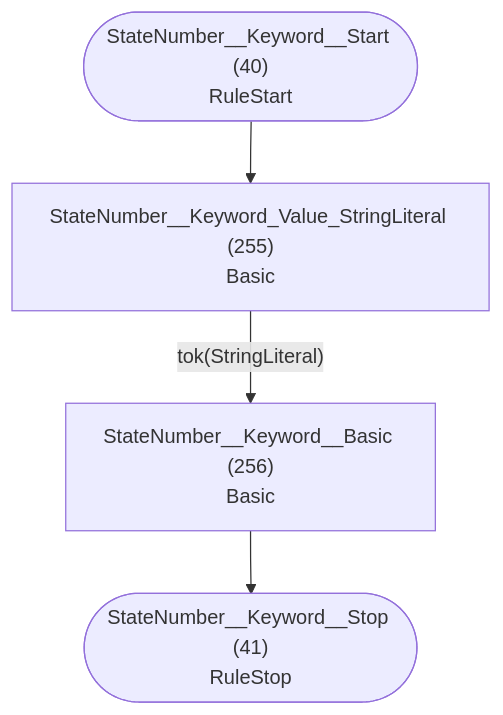
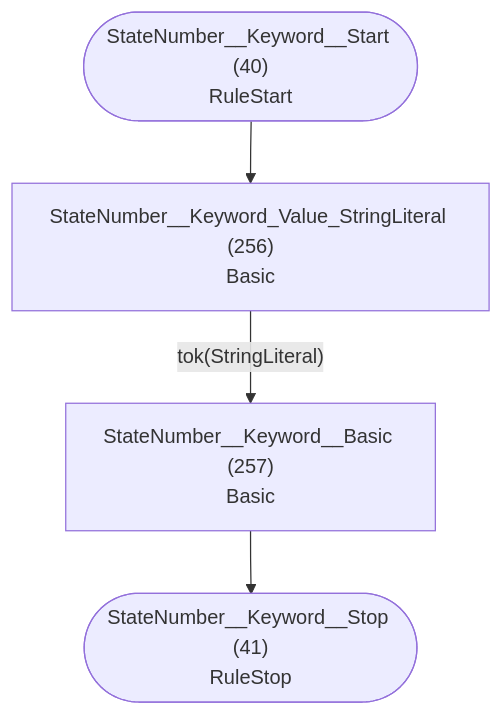
Before and after one commit to TypeFox/fastbelt: diagram 21 of 32 in internal/grammar/atn.md, drawn with Mermaid. The commit also changed other lines of this file and 6 other files, not shown here.

````diff
--- a/internal/grammar/atn.md
+++ b/internal/grammar/atn.md
@@ -627,11 +629,11 @@
 ```mermaid
 flowchart TD
     q40(["StateNumber__Keyword__Start (40)<br/>RuleStart"])
     q41(["StateNumber__Keyword__Stop (41)<br/>RuleStop"])
-    q255["StateNumber__Keyword_Value_StringLiteral (255)<br/>Basic<br/>"]
-    q256["StateNumber__Keyword__Basic (256)<br/>Basic<br/>"]
+    q256["StateNumber__Keyword_Value_StringLiteral (256)<br/>Basic<br/>"]
+    q257["StateNumber__Keyword__Basic (257)<br/>Basic<br/>"]
 
-    q40 --> q255
-    q255 -->|"tok(StringLiteral)"| q256
-    q256 --> q41
+    q40 --> q256
+    q256 -->|"tok(StringLiteral)"| q257
+    q257 --> q41
 ```
````
